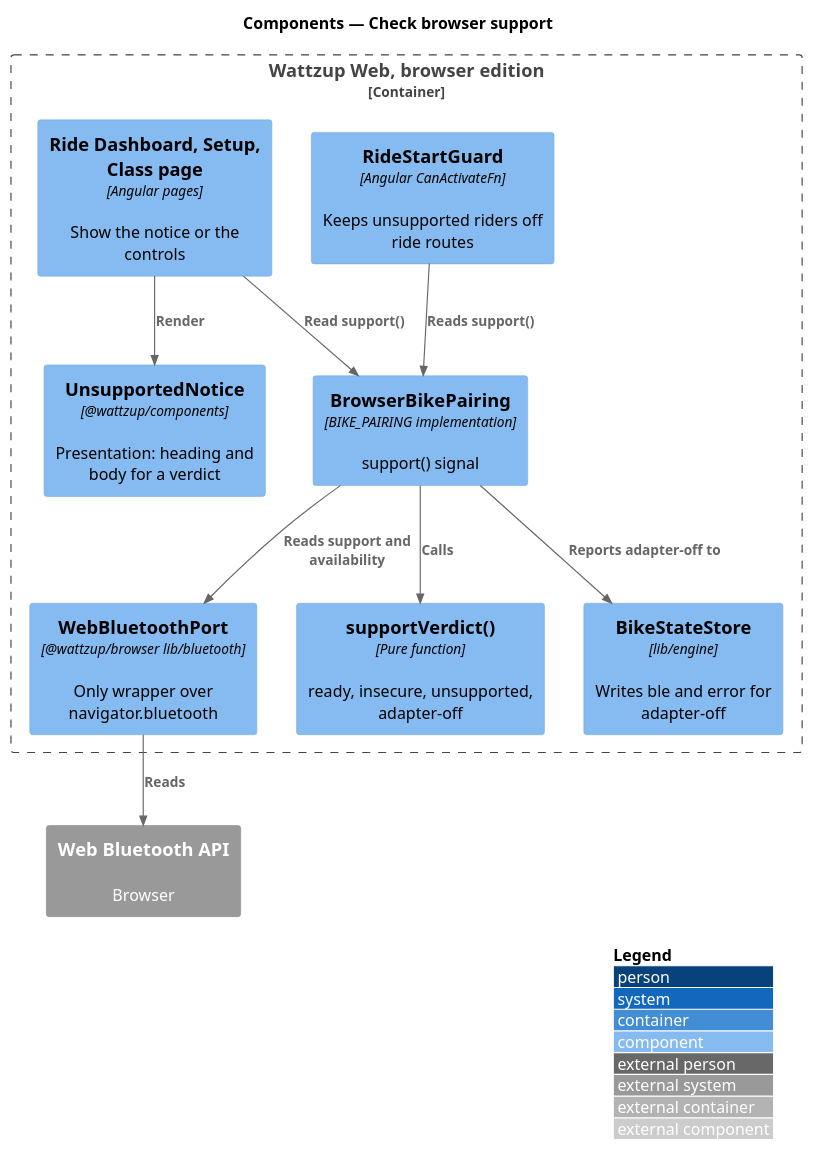
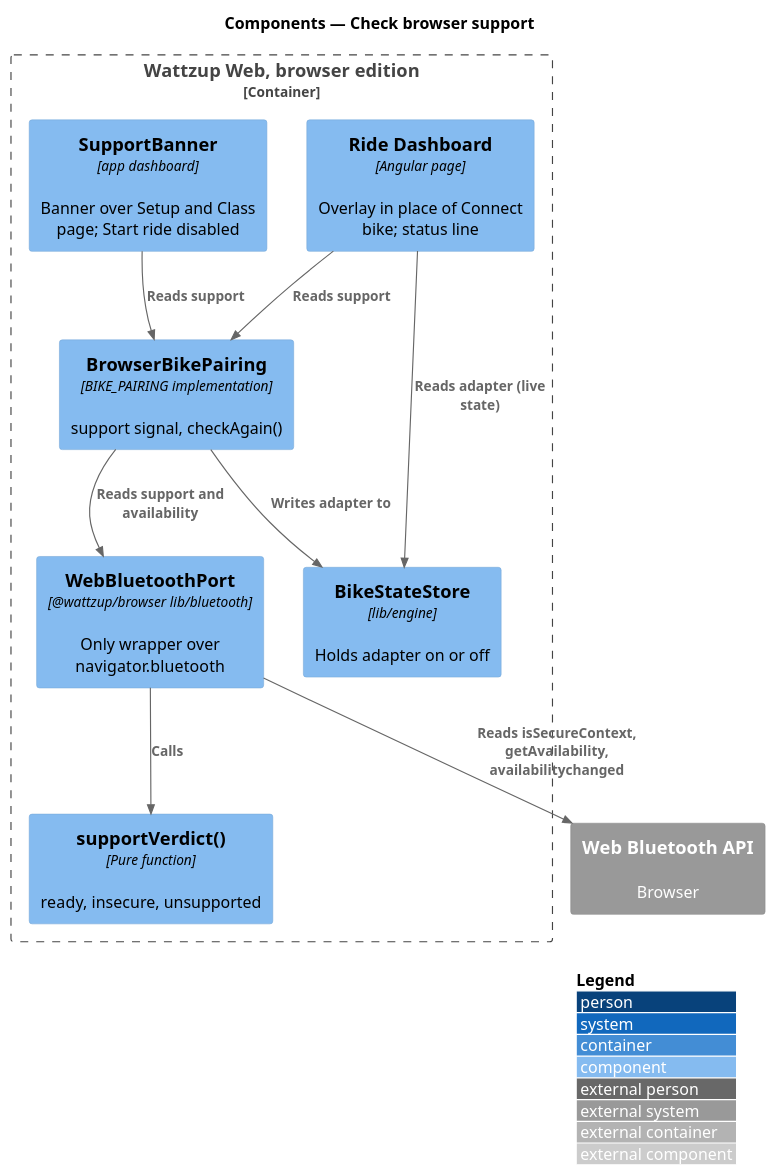
One commit to QuinntyneBrown/ride-one changed the diagram in docs/detailed-designs/browser-edition/check-browser-support/diagrams/c4-component.puml. Above: the diagram before and after it, drawn with PlantUML. The commit also changed 22 other files, not shown here.

First line of the commit message:
Block starting a ride on setup and class pages the browser cannot ride from (L2-089)

```diff
--- a/docs/detailed-designs/browser-edition/check-browser-support/diagrams/c4-component.puml
+++ b/docs/detailed-designs/browser-edition/check-browser-support/diagrams/c4-component.puml
@@ -1,24 +1,23 @@
 @startuml
 !include <C4/C4_Component>
 LAYOUT_WITH_LEGEND()
 title Components — Check browser support
 
 Container_Boundary(app, "Wattzup Web, browser edition") {
   Component(port, "WebBluetoothPort", "@wattzup/browser lib/bluetooth", "Only wrapper over navigator.bluetooth")
-  Component(verdict, "supportVerdict()", "Pure function", "ready, insecure, unsupported, adapter-off")
-  Component(pairing, "BrowserBikePairing", "BIKE_PAIRING implementation", "support() signal")
-  Component(store, "BikeStateStore", "lib/engine", "Writes ble and error for adapter-off")
-  Component(guard, "RideStartGuard", "Angular CanActivateFn", "Keeps unsupported riders off ride routes")
-  Component(notice, "UnsupportedNotice", "@wattzup/components", "Presentation: heading and body for a verdict")
-  Component(pages, "Ride Dashboard, Setup, Class page", "Angular pages", "Show the notice or the controls")
+  Component(verdict, "supportVerdict()", "Pure function", "ready, insecure, unsupported")
+  Component(pairing, "BrowserBikePairing", "BIKE_PAIRING implementation", "support signal, checkAgain()")
+  Component(store, "BikeStateStore", "lib/engine", "Holds adapter on or off")
+  Component(dash, "Ride Dashboard", "Angular page", "Overlay in place of Connect bike; status line")
+  Component(banner, "SupportBanner", "app dashboard", "Banner over Setup and Class page; Start ride disabled")
 }
 System_Ext(webbt, "Web Bluetooth API", "Browser")
 
-Rel(port, webbt, "Reads")
+Rel(port, webbt, "Reads isSecureContext, getAvailability, availabilitychanged")
 Rel(pairing, port, "Reads support and availability")
-Rel(pairing, verdict, "Calls")
-Rel(pairing, store, "Reports adapter-off to")
-Rel(guard, pairing, "Reads support()")
-Rel(pages, pairing, "Read support()")
-Rel(pages, notice, "Render")
+Rel(port, verdict, "Calls")
+Rel(pairing, store, "Writes adapter to")
+Rel(dash, pairing, "Reads support")
+Rel(dash, store, "Reads adapter (live state)")
+Rel(banner, pairing, "Reads support")
 @enduml
```
